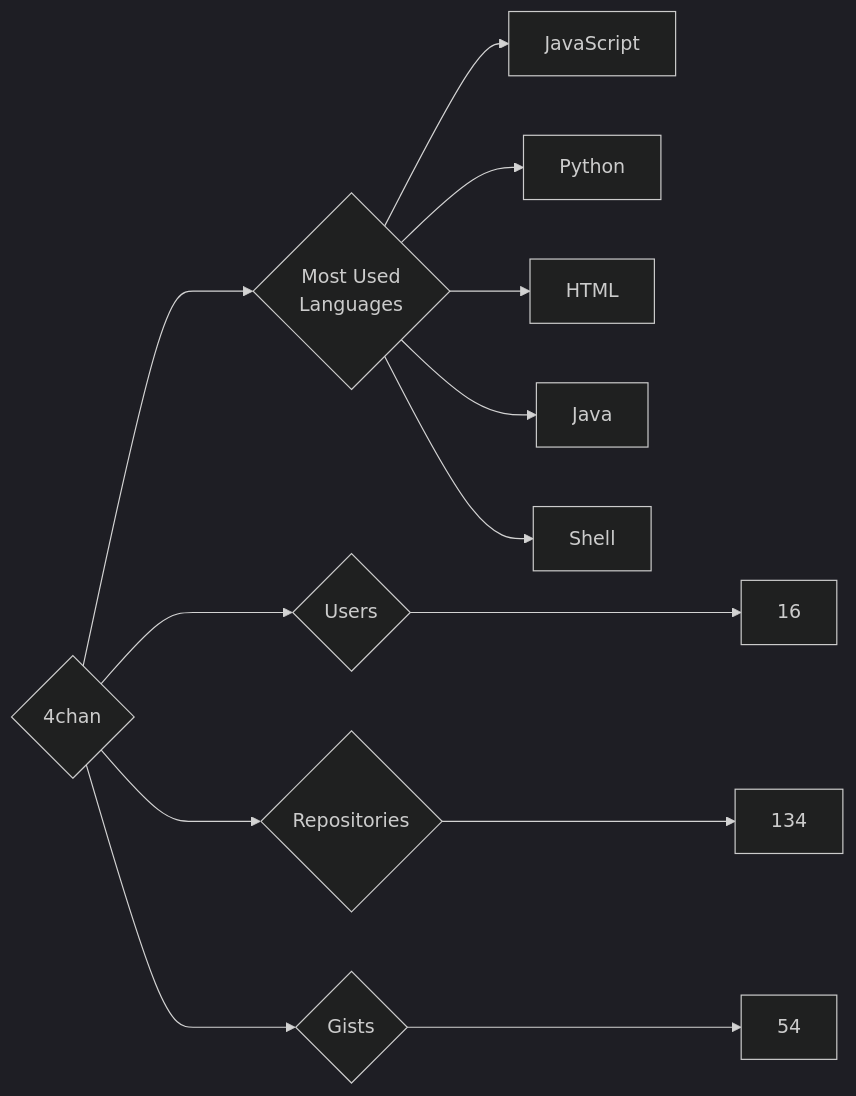
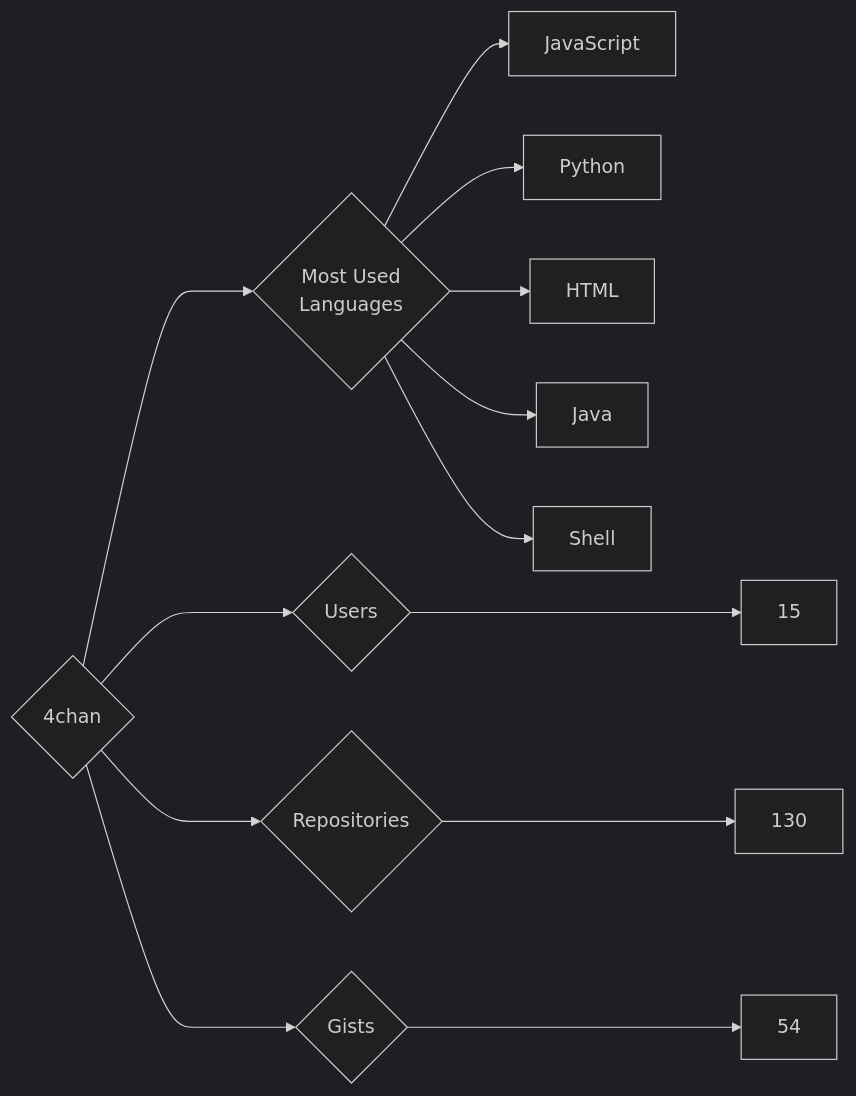
Before and after one commit to nenadzaric/insiders: the diagram in targets/4chan/README.md, drawn with Mermaid (dark theme). The commit also changed 18 other files, not shown here.

````diff
--- a/targets/4chan/README.md
+++ b/targets/4chan/README.md
@@ -3,13 +3,13 @@
 ```mermaid
 graph LR
 COMPANY_NAME{4chan}
-COMPANY_NAME ---> U{Users} ---> UN[16]
-COMPANY_NAME ---> R{Repositories} ---> RN[134]
+COMPANY_NAME ---> U{Users} ---> UN[15]
+COMPANY_NAME ---> R{Repositories} ---> RN[130]
 COMPANY_NAME ---> G{Gists} ---> GN[54]
 COMPANY_NAME ---> ML{Most Used<br>Languages}
 ML --> JavaScript[JavaScript]
 ML --> Python[Python]
 ML --> HTML[HTML]
 ML --> Java[Java]
 ML --> Shell[Shell]
 ```
````
